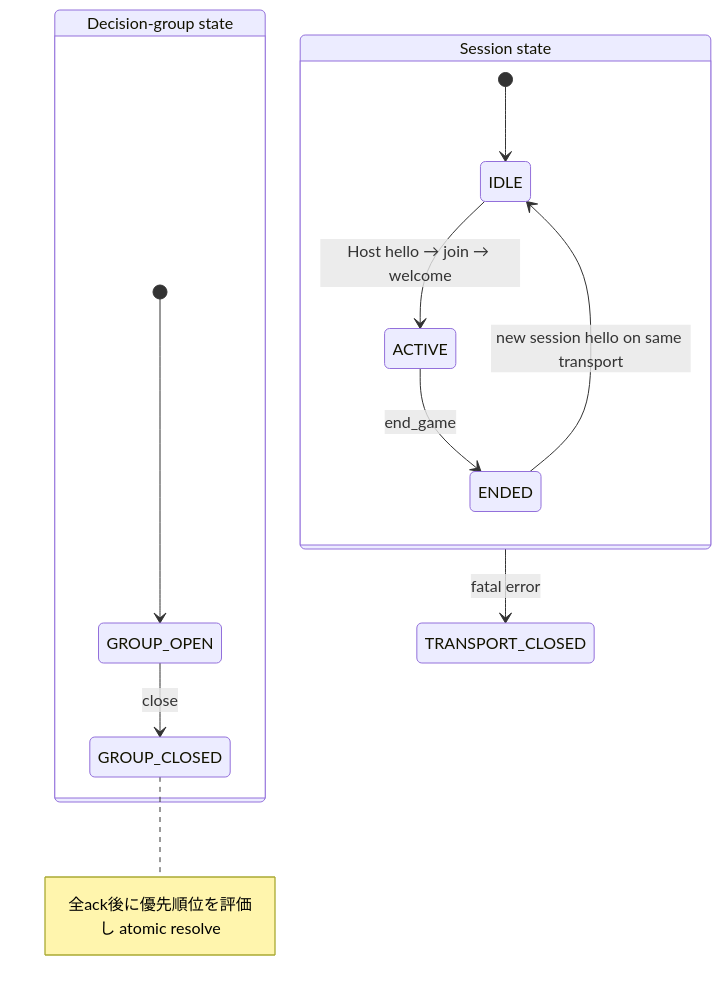
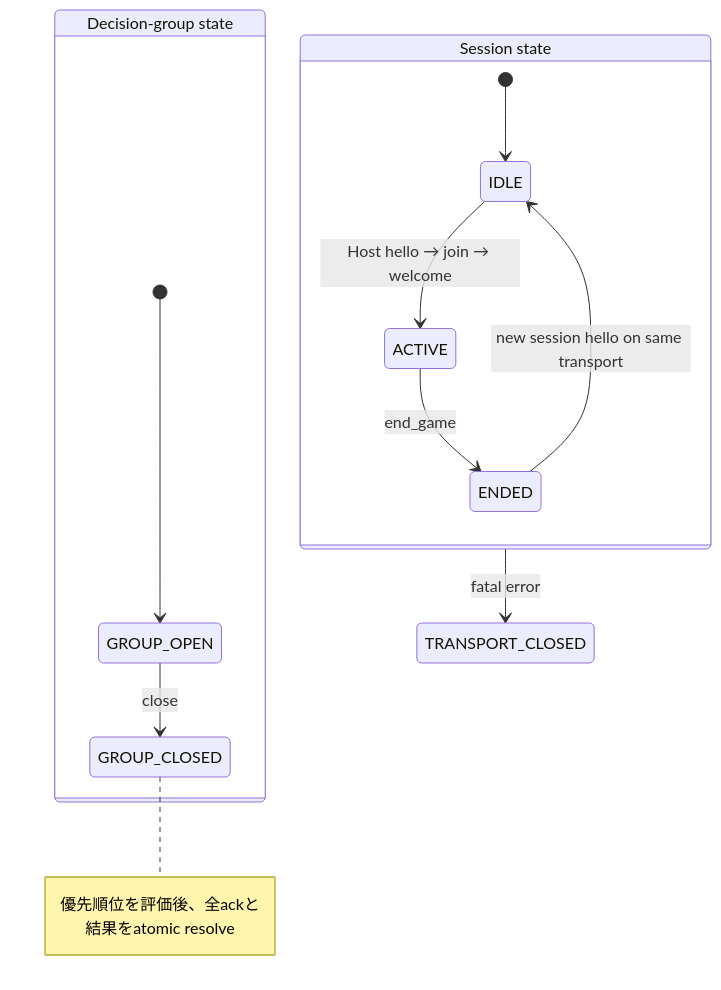
One commit to SuzumiyaAoba/YAMAI changed the sixth of 7 diagrams in docs/yamai-protocol.md. Above: the diagram before and after it, drawn with Mermaid. The commit also changed other lines of this file and 69 other files, not shown here.

````diff
--- a/docs/yamai-protocol.md
+++ b/docs/yamai-protocol.md
@@ -2417,15 +2433,15 @@
 ```mermaid
 stateDiagram-v2
   state "Session state" as SESSION {
     [*] --> IDLE
     IDLE --> ACTIVE: Host hello → join → welcome
     ACTIVE --> ENDED: end_game
     ENDED --> IDLE: new session hello on same transport
   }
   state "Decision-group state" as DECISION_GROUP {
     [*] --> GROUP_OPEN
     GROUP_OPEN --> GROUP_CLOSED: close
-    note right of GROUP_CLOSED: 全ack後に優先順位を評価し atomic resolve
+    note right of GROUP_CLOSED: 優先順位を評価後、全ackと結果をatomic resolve
   }
   SESSION --> TRANSPORT_CLOSED: fatal error
 ```
````
